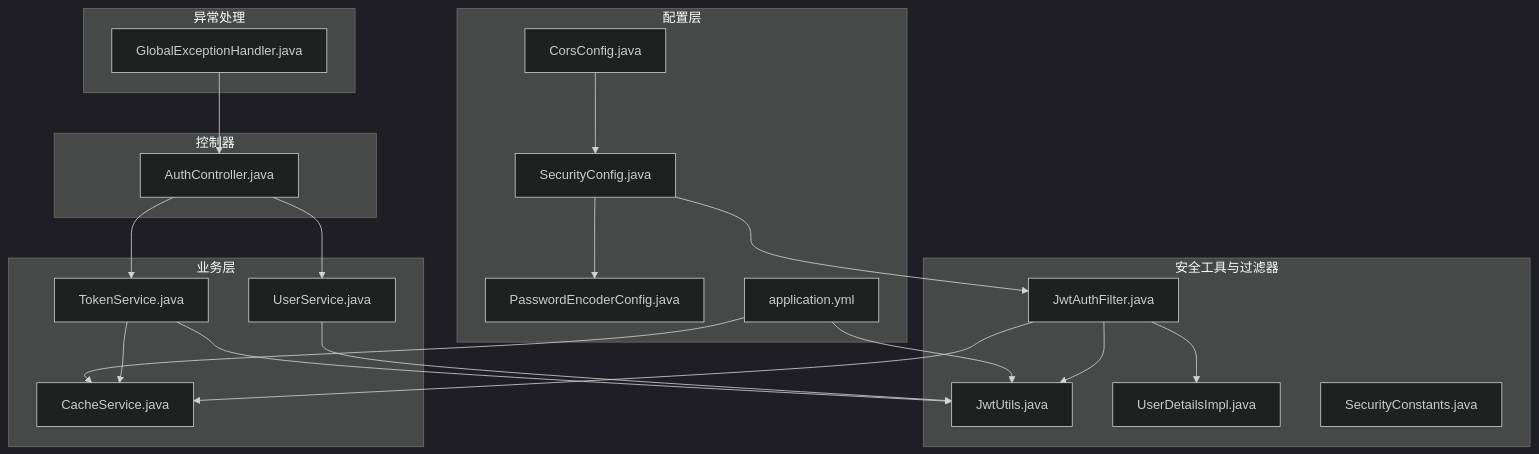
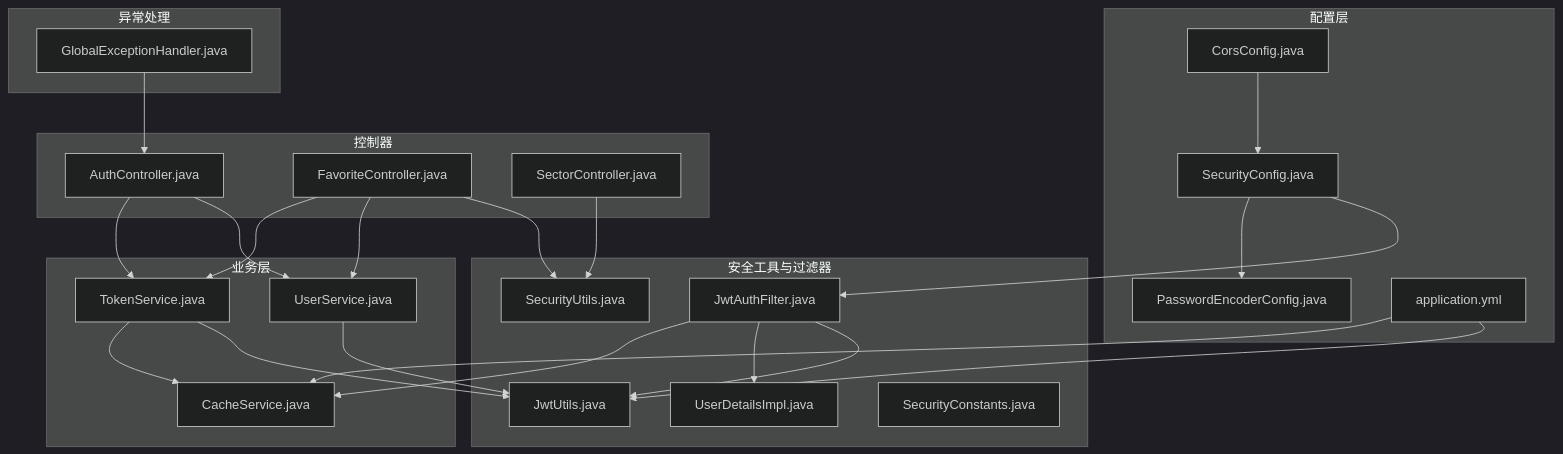
One commit to PersonNoName/FreeTrader changed the first of 9 diagrams in .qoder/repowiki/zh/content/架构设计/安全架构设计.md. Above: the diagram before and after it, drawn with Mermaid (dark theme). The commit also changed other lines of this file and 10 other files, not shown here.

````diff
--- a/.qoder/repowiki/zh/content/架构设计/安全架构设计.md
+++ b/.qoder/repowiki/zh/content/架构设计/安全架构设计.md
@@ -48,40 +58,47 @@
 ```mermaid
 graph TB
 subgraph "配置层"
 SC["SecurityConfig.java"]
 CC["CorsConfig.java"]
 PEC["PasswordEncoderConfig.java"]
 AY["application.yml"]
 end
 subgraph "安全工具与过滤器"
 JU["JwtUtils.java"]
 JAF["JwtAuthFilter.java"]
 UDI["UserDetailsImpl.java"]
 SConst["SecurityConstants.java"]
+SU["SecurityUtils.java"]
 end
 subgraph "业务层"
 US["UserService.java"]
 TS["TokenService.java"]
 CS["CacheService.java"]
 end
 subgraph "控制器"
 AC["AuthController.java"]
+FC["FavoriteController.java"]
+SEC["SectorController.java"]
 end
 subgraph "异常处理"
 GEH["GlobalExceptionHandler.java"]
 end
 AC --> US
 AC --> TS
+FC --> SU
+FC --> US
+SEC --> SU
+FC --> TS
 US --> JU
 TS --> JU
 TS --> CS
 JAF --> JU
 JAF --> UDI
 JAF --> CS
 SC --> JAF
 SC --> PEC
 CC --> SC
 AY --> JU
 AY --> CS
 GEH --> AC
 ```
````
